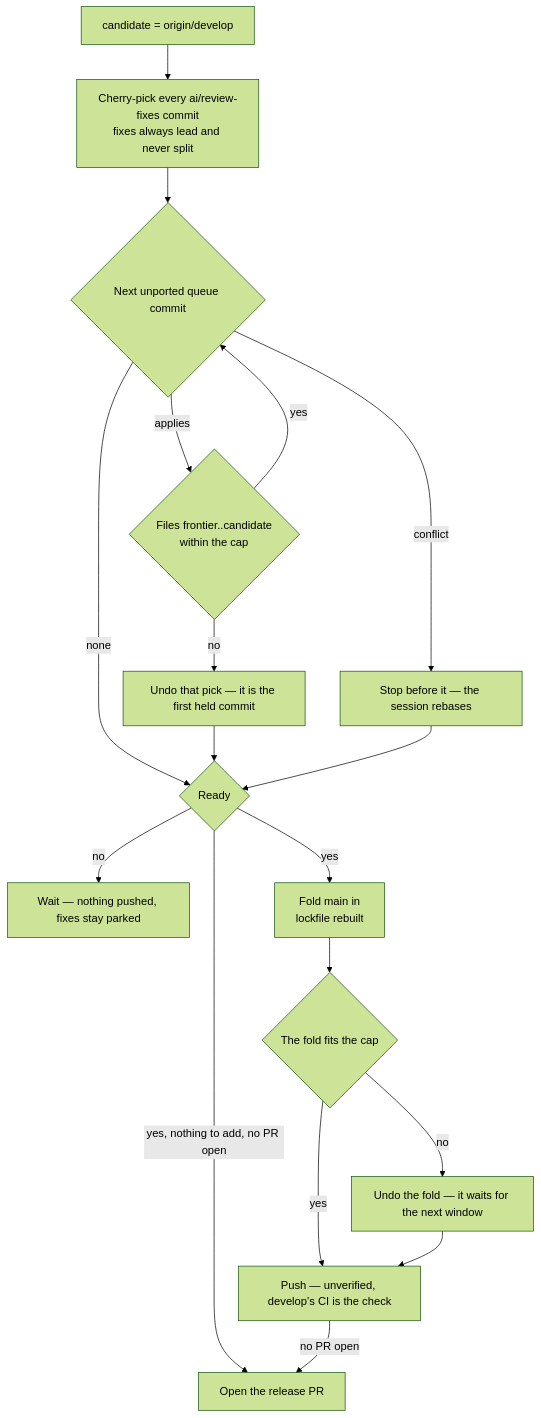
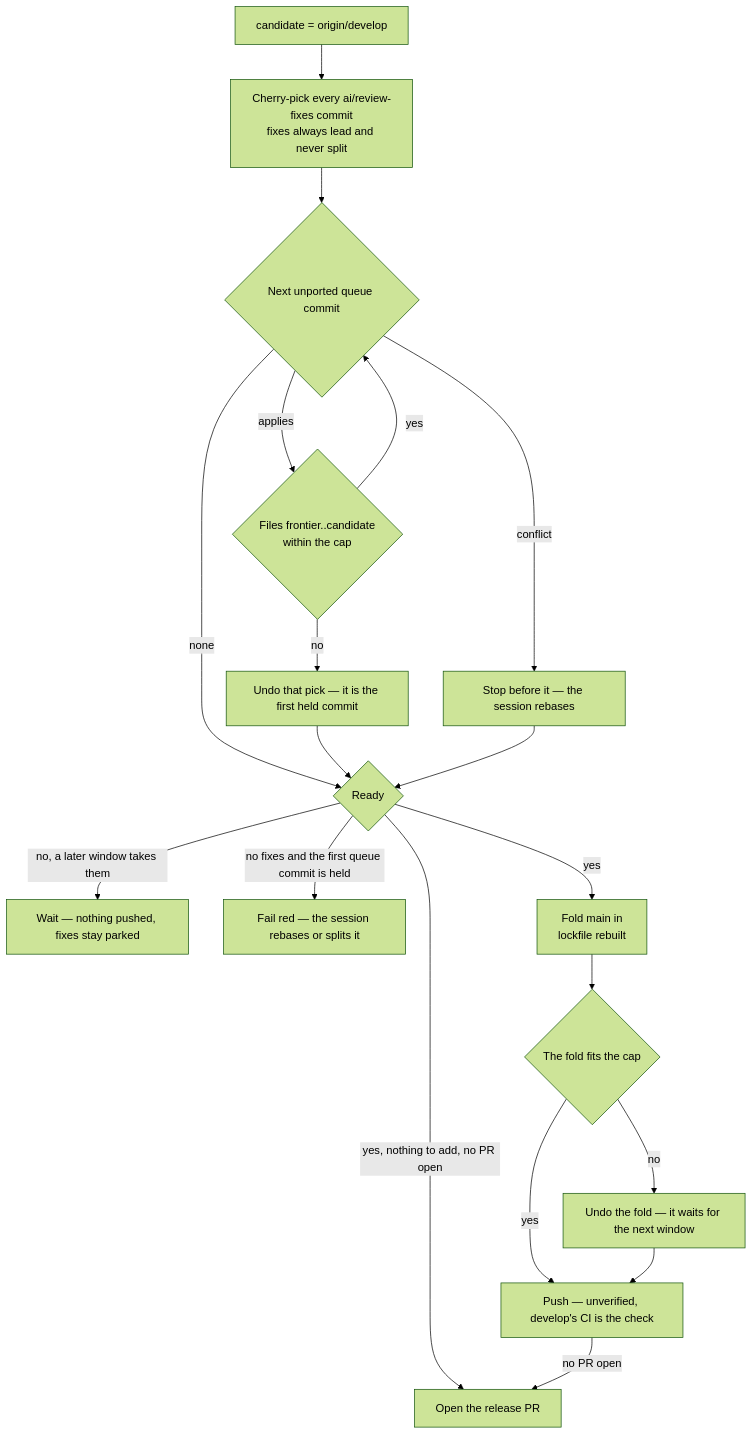
Before and after one commit to Esposter/Esposter: the third of 3 diagrams in apps/web/content/docs/infra/review-collector/collection-cycle.md, drawn with Mermaid (forest theme). The commit also changed 2 other files, not shown here.

Commit message:
docs(review-collector): the held-commit failure, the manual trigger, the coalesced wait
The port diagram's `no` branch reported a wait for every case, while the
readiness table fails the run red when the first queue commit is held and no
fixes ride — the branch it was missing. `workflow_dispatch` is the manual
nudge rather than a webhook the platform delivers, in the page and in the
trigger's own comment. And GitHub holds one run pending per concurrency
group, so a third run cancels the waiting one: harmless because every run
re-reads the remote, except for a `--force` dispatch superseded while pending.

Answers: 4012012554
Answers: 4012012577
Drains: 5205591773

````diff
--- a/apps/web/content/docs/infra/review-collector/collection-cycle.md
+++ b/apps/web/content/docs/infra/review-collector/collection-cycle.md
@@ -84,18 +84,19 @@
 ```mermaid
 flowchart TD
   C[candidate = origin/develop] --> FX[Cherry-pick every ai/review-fixes commit<br/>fixes always lead and never split]
   FX --> Q{Next unported queue commit}
   Q -->|none| RD
   Q -->|conflict| H[Stop before it — the session rebases]
   Q -->|applies| M{Files frontier..candidate<br/>within the cap}
   M -->|yes| Q
   M -->|no| U[Undo that pick — it is the first held commit]
   U --> RD
   H --> RD{Ready}
-  RD -->|no| W[Wait — nothing pushed, fixes stay parked]
+  RD -->|no, a later window takes them| W[Wait — nothing pushed, fixes stay parked]
+  RD -->|no fixes and the first queue commit is held| F[Fail red — the session rebases or splits it]
   RD -->|yes, nothing to add, no PR open| OP[Open the release PR]
   RD -->|yes| FM[Fold main in<br/>lockfile rebuilt] --> FC{The fold fits the cap}
   FC -->|yes| P[Push — unverified, develop's CI is the check]
   FC -->|no| UF[Undo the fold — it waits for the next window] --> P
   P -->|no PR open| OP
 ```
````
